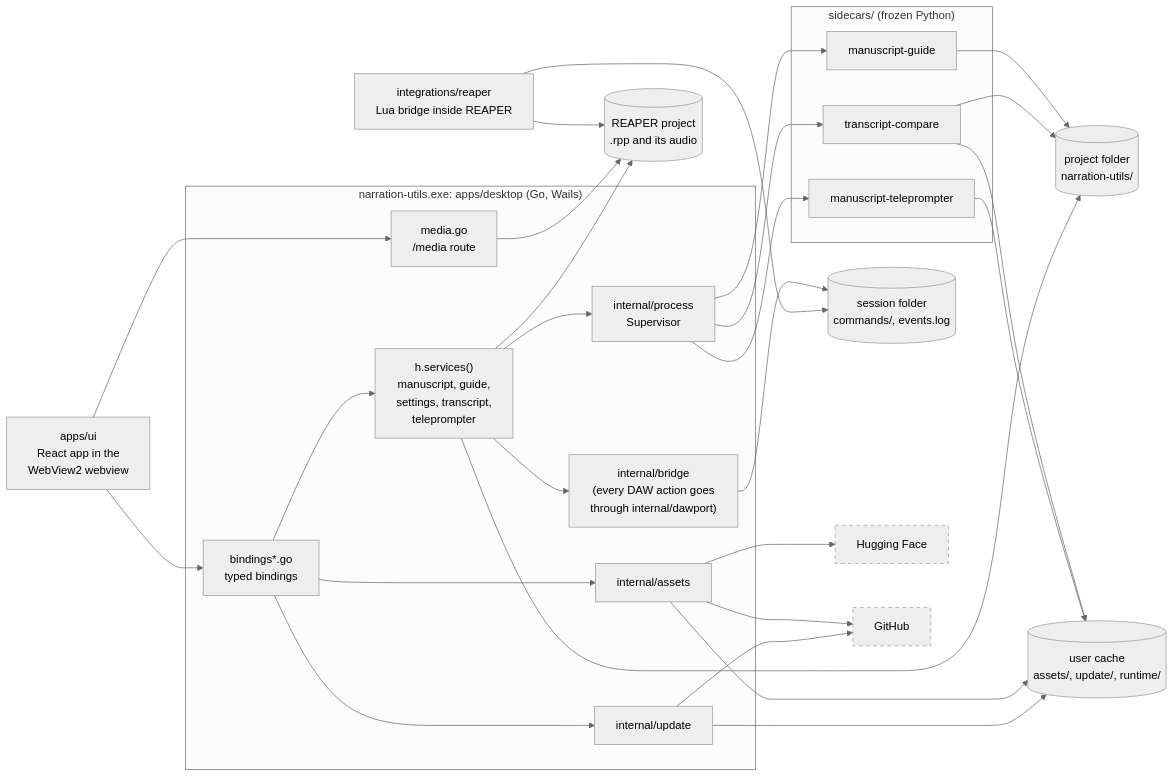
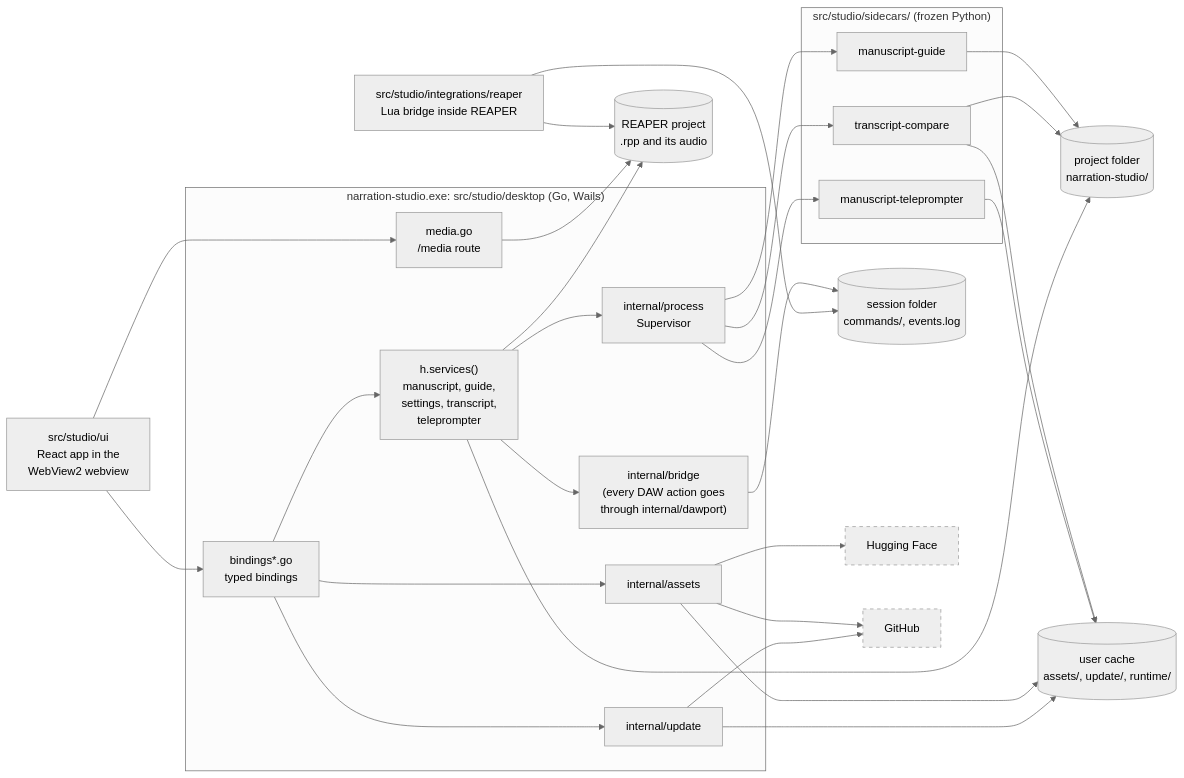
Before and after one commit to countrymanprime/narration-studio: the diagram in docs/architecture/codebase-map.md, drawn with Mermaid (neutral theme). The commit also changed other lines of this file and 6019 other files, not shown here.

Commit message:
refactor: move the app under src/studio and the Pages app to src/web (#2264)

````diff
--- a/docs/architecture/codebase-map.md
+++ b/docs/architecture/codebase-map.md
@@ -90,52 +92,52 @@
 ```mermaid
 flowchart LR
-  ui["apps/ui<br/>React app in the<br/>WebView2 webview"]
-  subgraph host["narration-utils.exe: apps/desktop (Go, Wails)"]
+  ui["src/studio/ui<br/>React app in the<br/>WebView2 webview"]
+  subgraph host["narration-studio.exe: src/studio/desktop (Go, Wails)"]
     bindings["bindings*.go<br/>typed bindings"]
     services["h.services()<br/>manuscript, guide,<br/>settings, transcript,<br/>teleprompter"]
     assets["internal/assets"]
     update["internal/update"]
     supervisor["internal/process<br/>Supervisor"]
     bridgeclient["internal/bridge<br/>(every DAW action goes<br/>through internal/dawport)"]
     media["media.go<br/>/media route"]
   end
-  subgraph sidecars["sidecars/ (frozen Python)"]
+  subgraph sidecars["src/studio/sidecars/ (frozen Python)"]
     guide["manuscript-guide"]
     compare["transcript-compare"]
     teleprompter["manuscript-teleprompter"]
   end
-  lua["integrations/reaper<br/>Lua bridge inside REAPER"]
+  lua["src/studio/integrations/reaper<br/>Lua bridge inside REAPER"]
   rpp[("REAPER project<br/>.rpp and its audio")]
-  project[("project folder<br/>narration-utils/")]
+  project[("project folder<br/>narration-studio/")]
   cache[("user cache<br/>assets/, update/, runtime/")]
   session[("session folder<br/>commands/, events.log")]
   huggingface["Hugging Face"]
   github["GitHub"]
   ui --> bindings
   ui --> media
   bindings --> services
   bindings --> assets
   bindings --> update
   services --> supervisor
   services --> bridgeclient
   supervisor --> guide
   supervisor --> compare
   supervisor --> teleprompter
   guide --> project
   compare --> project
   compare --> cache
   teleprompter --> cache
   bridgeclient --> session
   lua --> session
   media --> rpp
   lua --> rpp
   services --> rpp
   assets --> cache
   assets --> huggingface
   assets --> github
   update --> github
   update --> cache
   services --> project
   classDef offmachine stroke-dasharray: 5 5
   class huggingface,github offmachine
 ```
````
